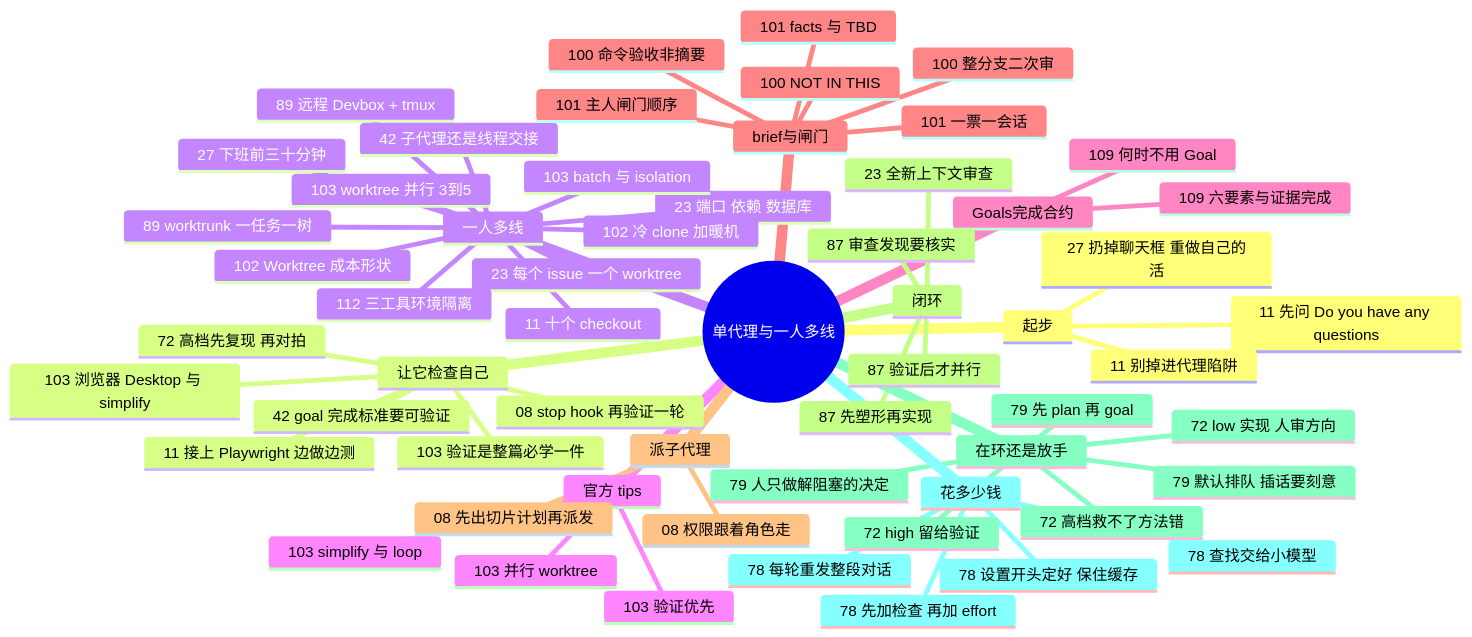
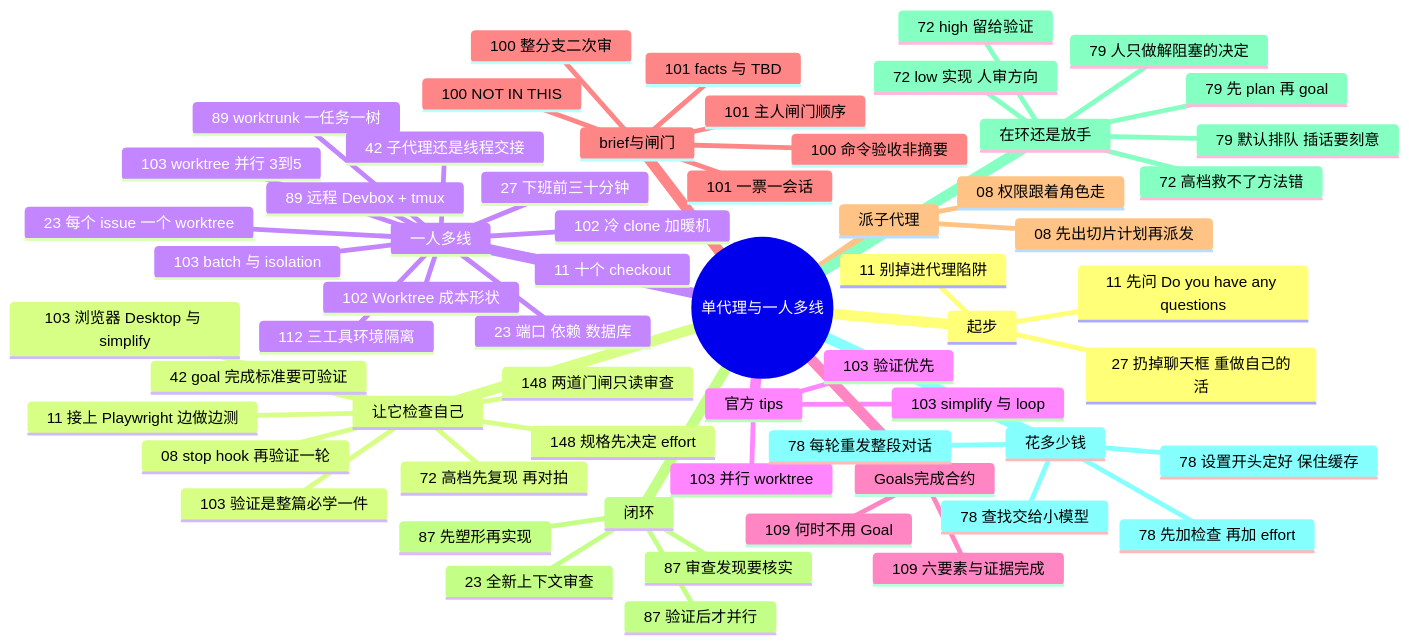
One commit to yzw7489757/ai-coding-videos changed the diagram in docs/guide/solo.md. Above: the diagram before and after it, drawn with Mermaid. The commit also changed other lines of this file and 17 other files, not shown here.

````diff
--- a/docs/guide/solo.md
+++ b/docs/guide/solo.md
@@ -15,62 +15,64 @@
 ```mermaid
 mindmap
   root((单代理与一人多线))
     起步
       27 扔掉聊天框 重做自己的活
       11 先问 Do you have any questions
       11 别掉进代理陷阱
     让它检查自己
       11 接上 Playwright 边做边测
       42 goal 完成标准要可验证
       08 stop hook 再验证一轮
       72 高档先复现 再对拍
+      148 规格先决定 effort
+      148 两道门闸只读审查
       103 验证是整篇必学一件
       103 浏览器 Desktop 与 simplify
     一人多线
       11 十个 checkout
       23 每个 issue 一个 worktree
       23 端口 依赖 数据库
       103 worktree 并行 3到5
       103 batch 与 isolation
       102 Worktree 成本形状
       112 三工具环境隔离
       102 冷 clone 加暖机
       89 远程 Devbox + tmux
       89 worktrunk 一任务一树
       27 下班前三十分钟
       42 子代理还是线程交接
     官方 tips
       103 验证优先
       103 并行 worktree
       103 simplify 与 loop
     Goals完成合约
       109 六要素与证据完成
       109 何时不用 Goal
     brief与闸门
       100 NOT IN THIS
       100 命令验收非摘要
       100 整分支二次审
       101 主人闸门顺序
       101 facts 与 TBD
       101 一票一会话
     派子代理
       08 先出切片计划再派发
       08 权限跟着角色走
     闭环
       87 先塑形再实现
       87 验证后才并行
       87 审查发现要核实
       23 全新上下文审查
     在环还是放手
       72 low 实现 人审方向
       72 high 留给验证
       72 高档救不了方法错
       79 人只做解阻塞的决定
       79 默认排队 插话要刻意
       79 先 plan 再 goal
     花多少钱
       78 每轮重发整段对话
       78 先加检查 再加 effort
       78 查找交给小模型
       78 设置开头定好 保住缓存
 ```
````
